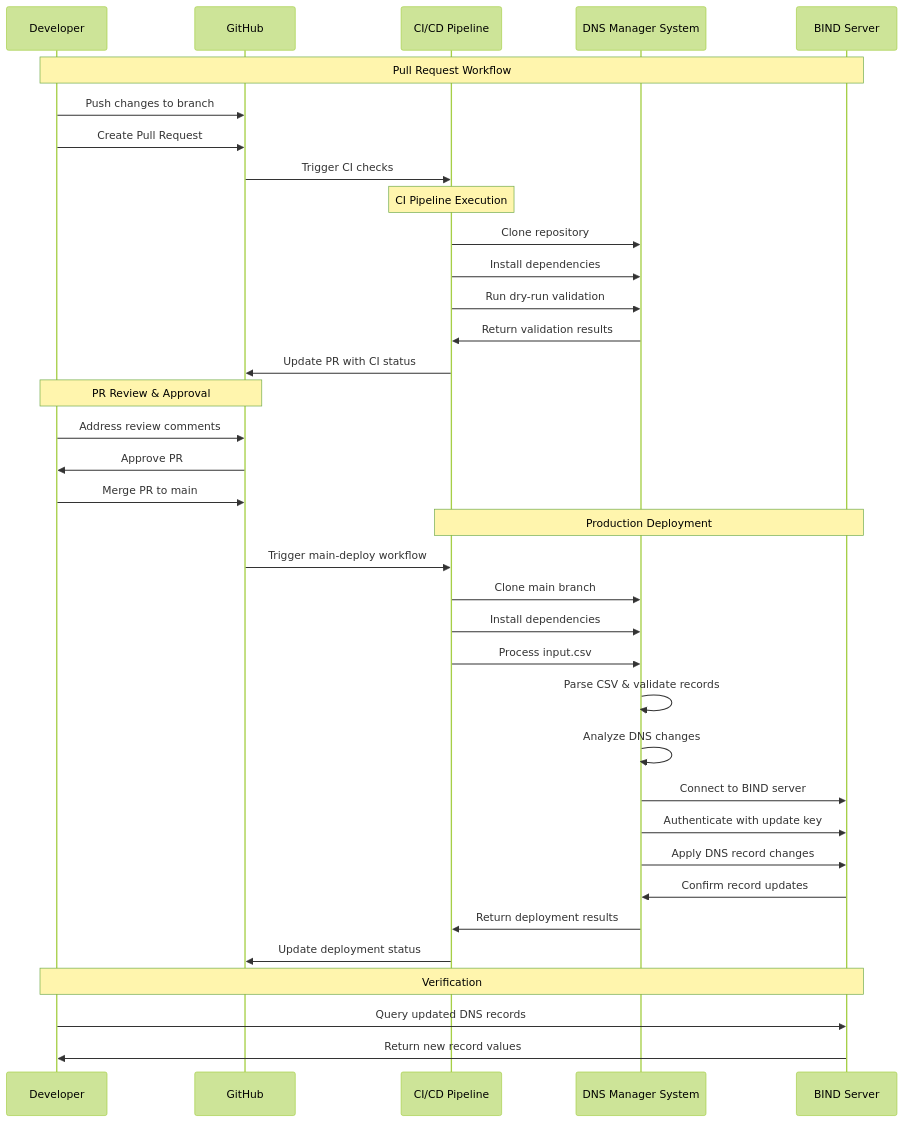
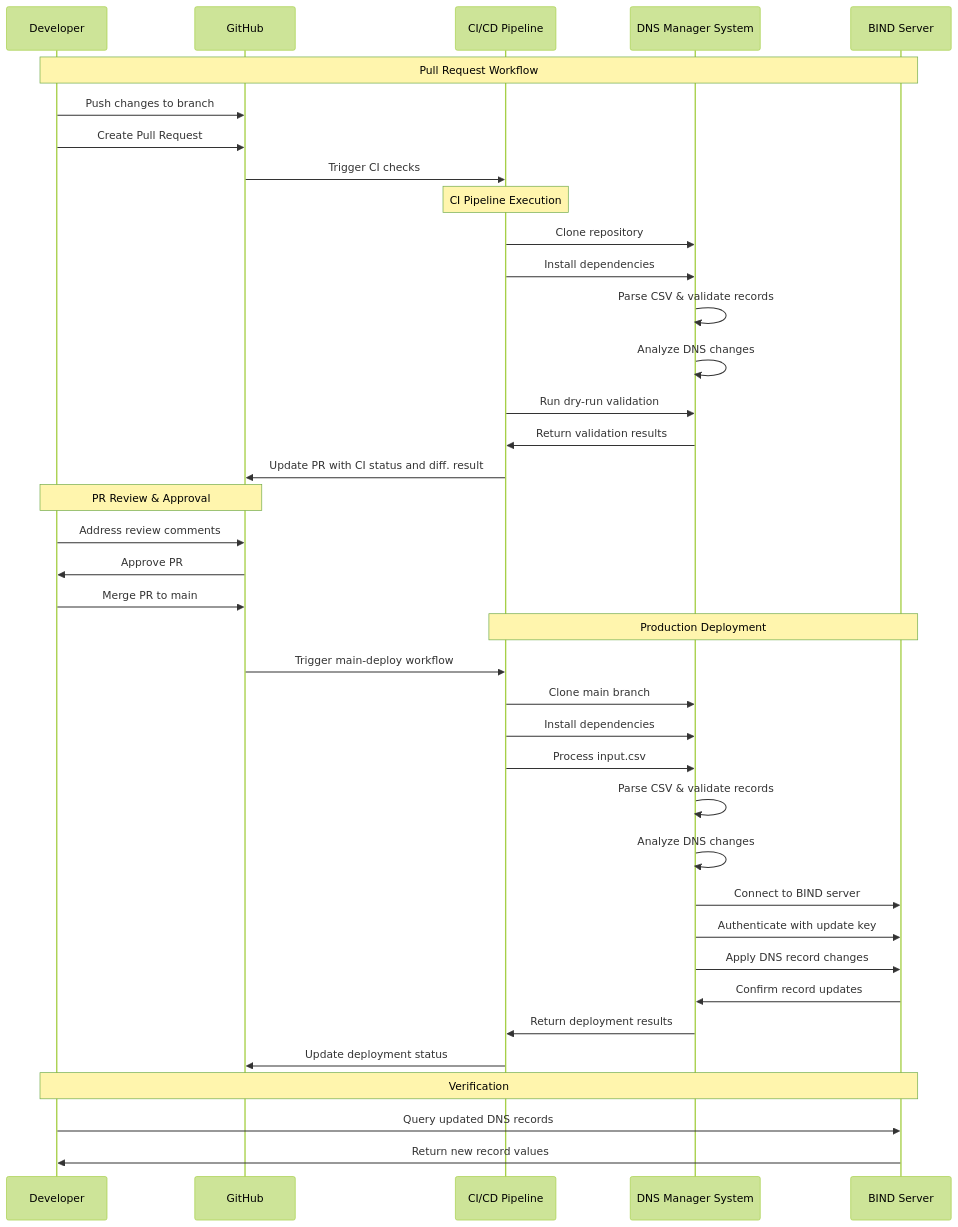
One commit to hrishin/dns-records changed the second of 2 diagrams in README.md. Above: the diagram before and after it, drawn with Mermaid (forest theme). The commit also changed other lines of this file and 1 other file, not shown here.

````diff
--- a/README.md
+++ b/README.md
@@ -245,44 +251,46 @@
 ```mermaid
 sequenceDiagram
     participant Dev as Developer
     participant GH as GitHub
     participant CI as CI/CD Pipeline
     participant Sys as DNS Manager System
     participant Bind as BIND Server
     
     Note over Dev,Bind: Pull Request Workflow
     
     Dev->>GH: Push changes to branch
     Dev->>GH: Create Pull Request
     GH->>CI: Trigger CI checks
     
     Note over CI: CI Pipeline Execution
     CI->>Sys: Clone repository
     CI->>Sys: Install dependencies
+    Sys->>Sys: Parse CSV & validate records
+    Sys->>Sys: Analyze DNS changes
     CI->>Sys: Run dry-run validation
     Sys->>CI: Return validation results
-    CI->>GH: Update PR with CI status
+    CI->>GH: Update PR with CI status and diff. result
     
     Note over Dev,GH: PR Review & Approval
     Dev->>GH: Address review comments
     GH->>Dev: Approve PR
     Dev->>GH: Merge PR to main
     
     Note over CI,Bind: Production Deployment
     GH->>CI: Trigger main-deploy workflow
     CI->>Sys: Clone main branch
     CI->>Sys: Install dependencies
     CI->>Sys: Process input.csv
     Sys->>Sys: Parse CSV & validate records
     Sys->>Sys: Analyze DNS changes
     Sys->>Bind: Connect to BIND server
     Sys->>Bind: Authenticate with update key
     Sys->>Bind: Apply DNS record changes
     Bind->>Sys: Confirm record updates
     Sys->>CI: Return deployment results
     CI->>GH: Update deployment status
     
     Note over Dev,Bind: Verification
     Dev->>Bind: Query updated DNS records
     Bind->>Dev: Return new record values
 ```
````
